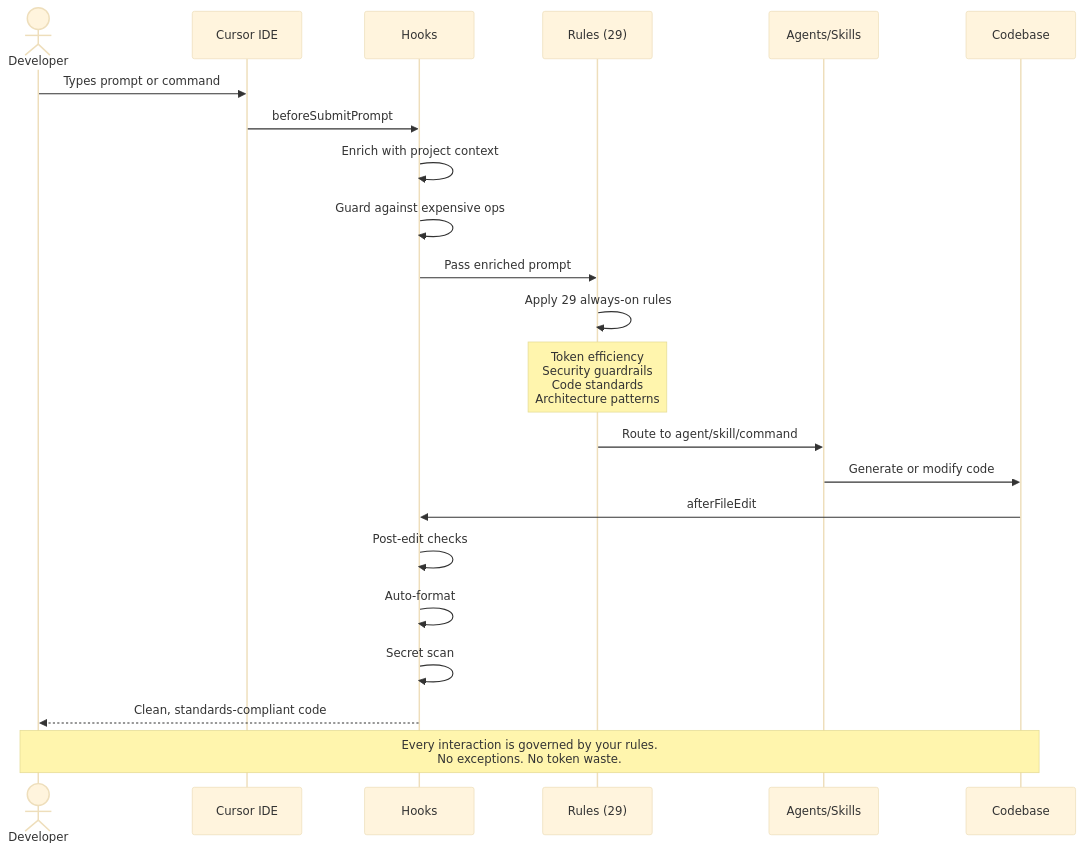
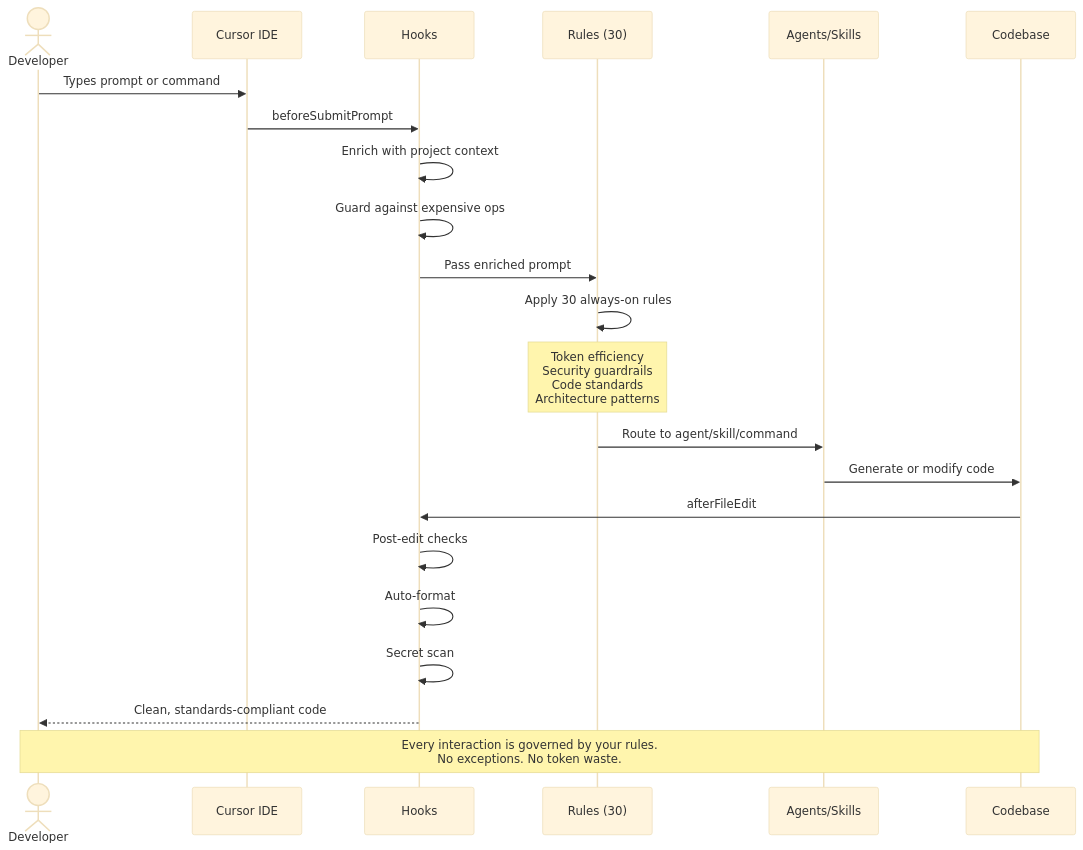
The fourth of 11 diagrams in README.md (girijashankarj/cursor-handbook), drawn with Mermaid (base theme) before and after one commit. The commit also changed other lines of this file and 5 other files, not shown here.

````diff
--- a/README.md
+++ b/README.md
@@ -300,26 +300,26 @@
 ```mermaid
 sequenceDiagram
     actor Dev as Developer
     participant C as Cursor IDE
     participant H as Hooks
-    participant R as Rules (29)
+    participant R as Rules (30)
     participant A as Agents/Skills
     participant Code as Codebase
 
     Dev->>C: Types prompt or command
     C->>H: beforeSubmitPrompt
     H->>H: Enrich with project context
     H->>H: Guard against expensive ops
     H->>R: Pass enriched prompt
-    R->>R: Apply 29 always-on rules
+    R->>R: Apply 30 always-on rules
     Note over R: Token efficiency<br/>Security guardrails<br/>Code standards<br/>Architecture patterns
     R->>A: Route to agent/skill/command
     A->>Code: Generate or modify code
     Code->>H: afterFileEdit
     H->>H: Post-edit checks
     H->>H: Auto-format
     H->>H: Secret scan
     H-->>Dev: Clean, standards-compliant code
 
     Note over Dev,Code: Every interaction is governed by your rules.<br/>No exceptions. No token waste.
 ```
````
